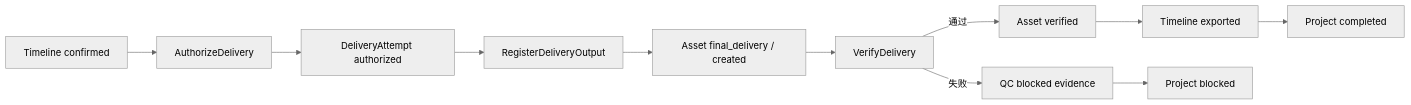
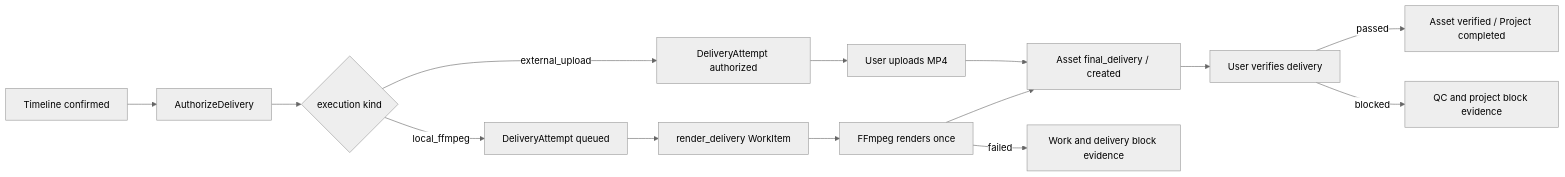
Before and after one commit to 2587122824/agency-agents-zh: the diagram in docs/archive/implementation-notes/V2_DELIVERY_IMPLEMENTATION.md, drawn with Mermaid (neutral theme). The commit also changed other lines of this file and 18 other files, not shown here.

Commit message:
feat(v2): add local ffmpeg delivery

````diff
--- a/docs/archive/implementation-notes/V2_DELIVERY_IMPLEMENTATION.md
+++ b/docs/archive/implementation-notes/V2_DELIVERY_IMPLEMENTATION.md
@@ -17,13 +20,16 @@
 ```mermaid
 flowchart LR
     A["Timeline confirmed"] --> B["AuthorizeDelivery"]
-    B --> C["DeliveryAttempt authorized"]
-    C --> D["RegisterDeliveryOutput"]
-    D --> E["Asset final_delivery / created"]
-    E --> F["VerifyDelivery"]
-    F -->|通过| G["Asset verified"]
-    G --> H["Timeline exported"]
-    H --> I["Project completed"]
-    F -->|失败| J["QC blocked evidence"]
-    J --> K["Project blocked"]
+    B --> C{"execution kind"}
+    C -->|external_upload| D["DeliveryAttempt authorized"]
+    D --> E["User uploads MP4"]
+    C -->|local_ffmpeg| F["DeliveryAttempt queued"]
+    F --> G["render_delivery WorkItem"]
+    G --> H["FFmpeg renders once"]
+    E --> I["Asset final_delivery / created"]
+    H --> I
+    I --> J["User verifies delivery"]
+    J -->|passed| K["Asset verified / Project completed"]
+    J -->|blocked| L["QC and project block evidence"]
+    H -->|failed| M["Work and delivery block evidence"]
 ```
````
